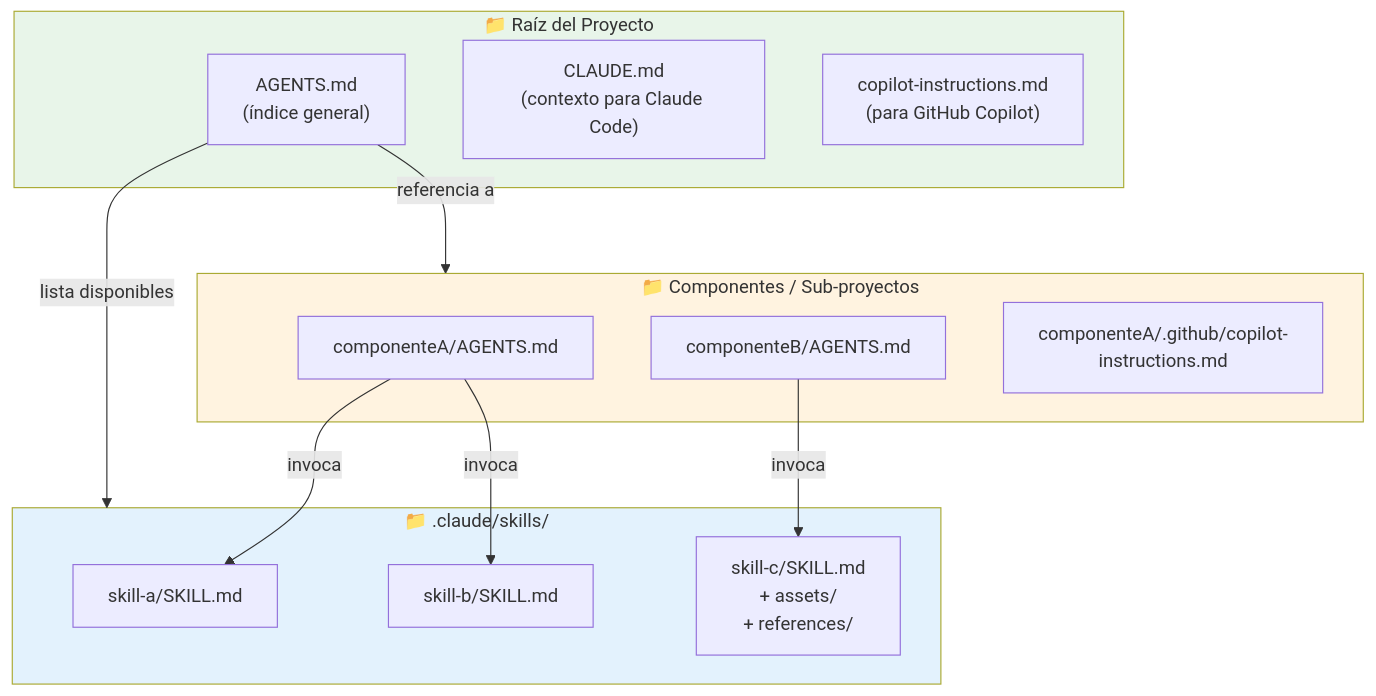
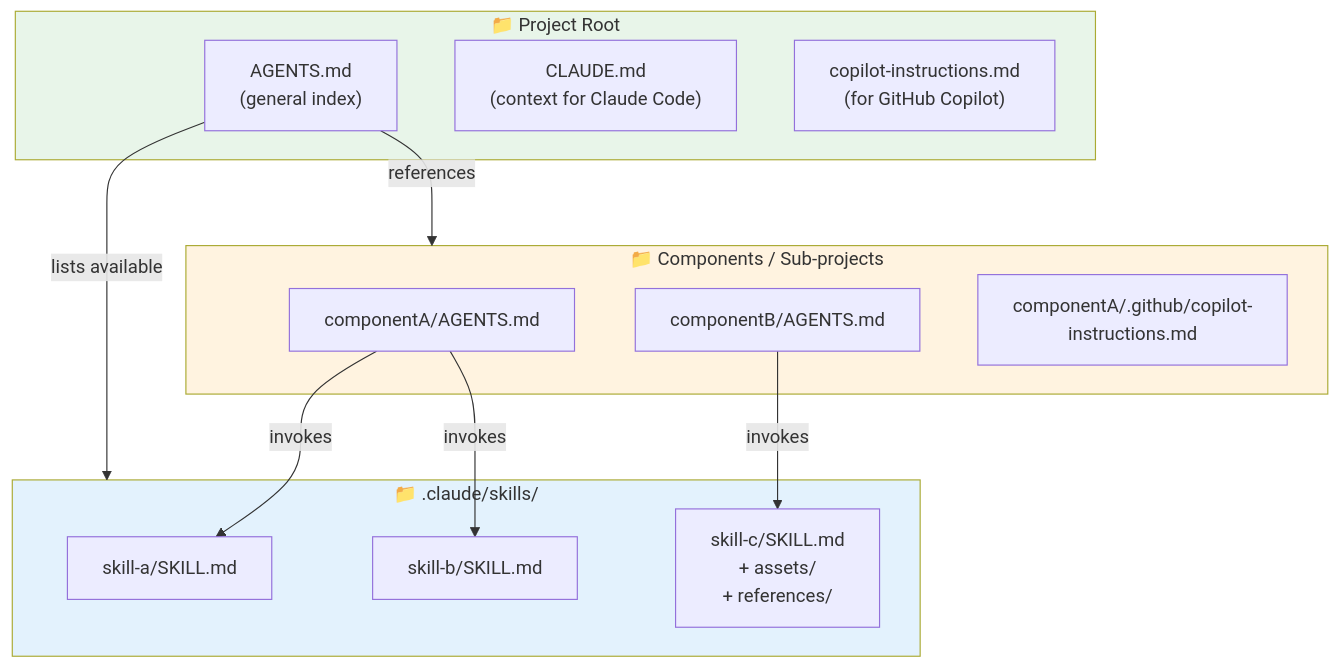
One commit to elisaul77/Orquestacion_Agentes_claude changed the second of 8 diagrams in skills/arquitec-dev-ia/SKILL.md. Above: the diagram before and after it, drawn with Mermaid. The commit also changed other lines of this file and 14 other files, not shown here.

First line of the commit message:
feat(i18n): translate all agents, skills, and docs to English

````diff
--- a/skills/arquitec-dev-ia/SKILL.md
+++ b/skills/arquitec-dev-ia/SKILL.md
@@ -69,30 +68,30 @@
 ```mermaid
 flowchart TB
-    subgraph ROOT["📁 Raíz del Proyecto"]
-        AGENTS_ROOT["AGENTS.md\n(índice general)"]
-        CLAUDE_MD["CLAUDE.md\n(contexto para Claude Code)"]
-        COPILOT["copilot-instructions.md\n(para GitHub Copilot)"]
+    subgraph ROOT["📁 Project Root"]
+        AGENTS_ROOT["AGENTS.md\n(general index)"]
+        CLAUDE_MD["CLAUDE.md\n(context for Claude Code)"]
+        COPILOT["copilot-instructions.md\n(for GitHub Copilot)"]
     end
 
-    subgraph COMPS["📁 Componentes / Sub-proyectos"]
-        AGENTS_A["componenteA/AGENTS.md"]
-        AGENTS_B["componenteB/AGENTS.md"]
-        COPILOT_A["componenteA/.github/copilot-instructions.md"]
+    subgraph COMPS["📁 Components / Sub-projects"]
+        AGENTS_A["componentA/AGENTS.md"]
+        AGENTS_B["componentB/AGENTS.md"]
+        COPILOT_A["componentA/.github/copilot-instructions.md"]
     end
 
     subgraph SKILLS["📁 .claude/skills/"]
         SK1["skill-a/SKILL.md"]
         SK2["skill-b/SKILL.md"]
         SK3["skill-c/SKILL.md\n+ assets/\n+ references/"]
     end
 
-    AGENTS_ROOT -->|"referencia a"| COMPS
-    AGENTS_ROOT -->|"lista disponibles"| SKILLS
-    AGENTS_A -->|"invoca"| SK1
-    AGENTS_A -->|"invoca"| SK2
-    AGENTS_B -->|"invoca"| SK3
+    AGENTS_ROOT -->|"references"| COMPS
+    AGENTS_ROOT -->|"lists available"| SKILLS
+    AGENTS_A -->|"invokes"| SK1
+    AGENTS_A -->|"invokes"| SK2
+    AGENTS_B -->|"invokes"| SK3
 
     style ROOT fill:#e8f5e9
     style SKILLS fill:#e3f2fd
     style COMPS fill:#fff3e0
 ```
````
